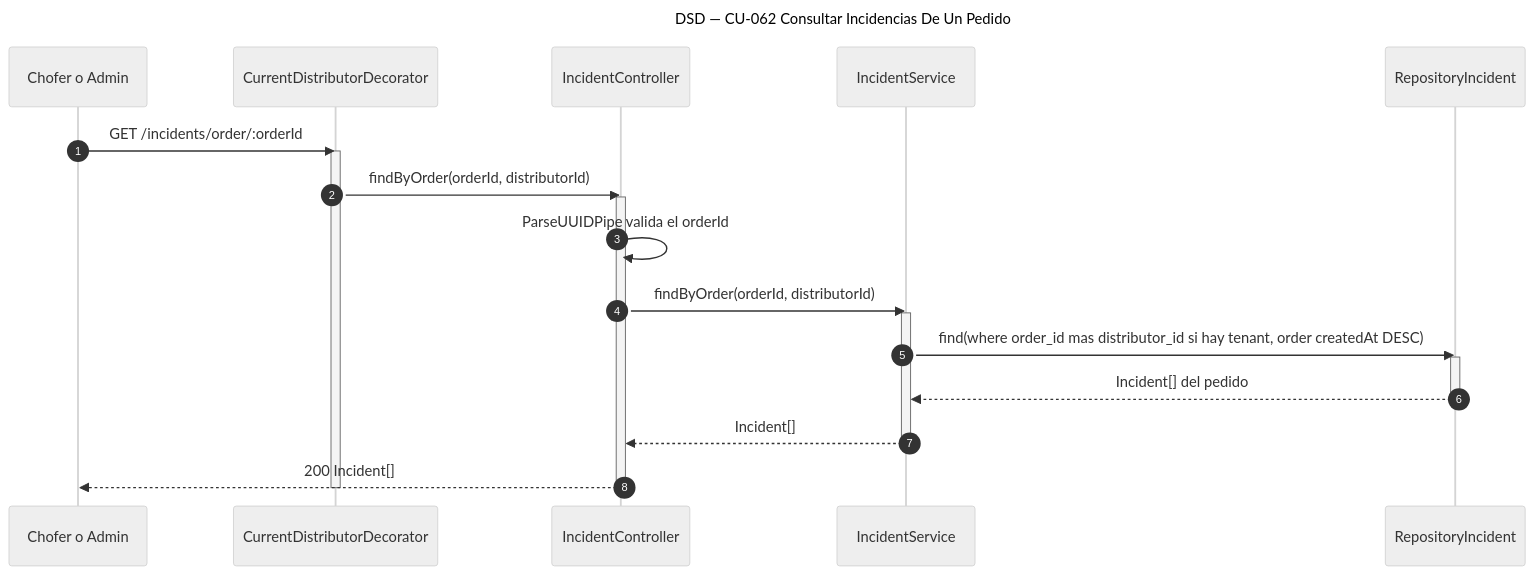
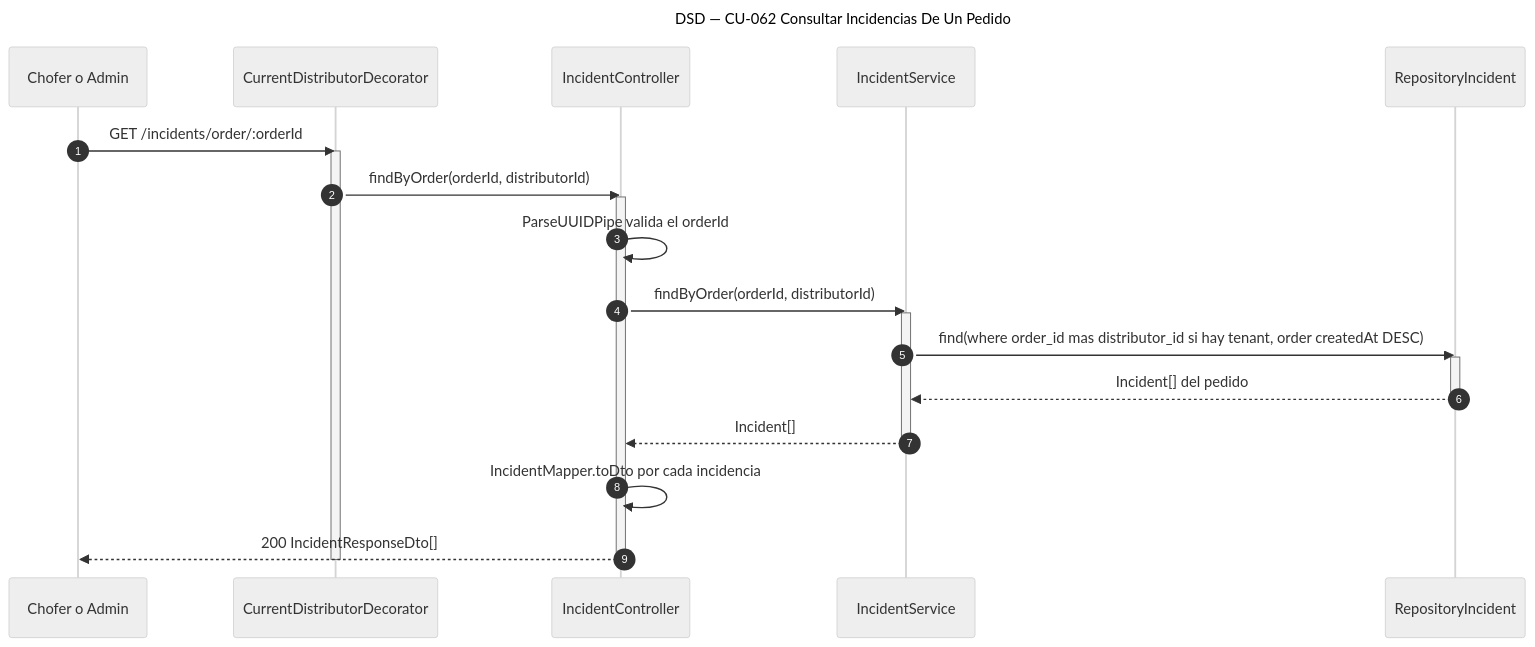
The diagram in diagramas/DSD_CU-062_Consultar-Incidencias-De-Un-Pedido.mmd (Nahuelito-Dev/splg-docs), drawn with Mermaid (neutral theme) before and after one commit. The commit also changed 5 other files, not shown here.

Commit message:
docs(dsd): incidencias con IncidentResponseDto y el pedido por OrderService

```diff
--- a/diagramas/DSD_CU-062_Consultar-Incidencias-De-Un-Pedido.mmd
+++ b/diagramas/DSD_CU-062_Consultar-Incidencias-De-Un-Pedido.mmd
@@ -1,25 +1,26 @@
 sequenceDiagram
     title DSD — CU-062 Consultar Incidencias De Un Pedido
     autonumber
     participant USR as Chofer o Admin
     participant DEC as CurrentDistributorDecorator
     participant CTRL as IncidentController
     participant SRV as IncidentService
     participant IREP as RepositoryIncident
 
     USR->>DEC: GET /incidents/order/:orderId
     activate DEC
     DEC->>CTRL: findByOrder(orderId, distributorId)
     activate CTRL
     CTRL->>CTRL: ParseUUIDPipe valida el orderId
     CTRL->>SRV: findByOrder(orderId, distributorId)
     activate SRV
     SRV->>IREP: find(where order_id mas distributor_id si hay tenant, order createdAt DESC)
     activate IREP
     IREP-->>SRV: Incident[] del pedido
     deactivate IREP
     SRV-->>CTRL: Incident[]
     deactivate SRV
-    CTRL-->>USR: 200 Incident[]
+    CTRL->>CTRL: IncidentMapper.toDto por cada incidencia
+    CTRL-->>USR: 200 IncidentResponseDto[]
     deactivate CTRL
     deactivate DEC
```
